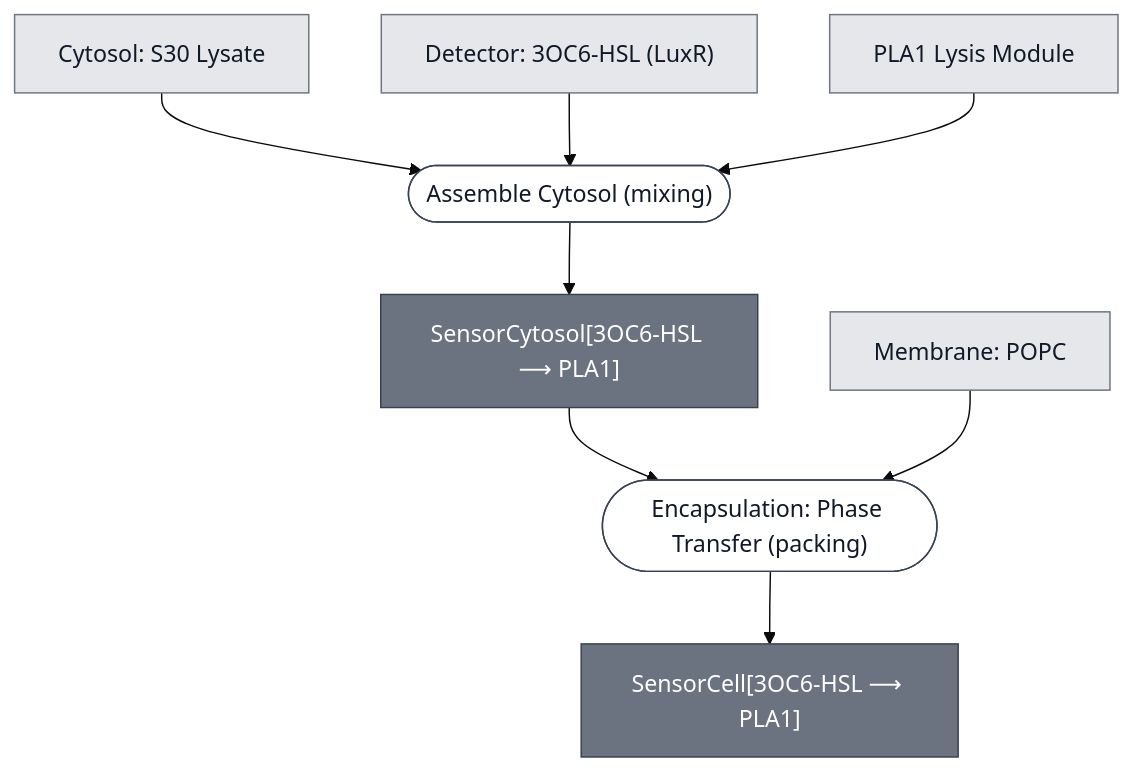
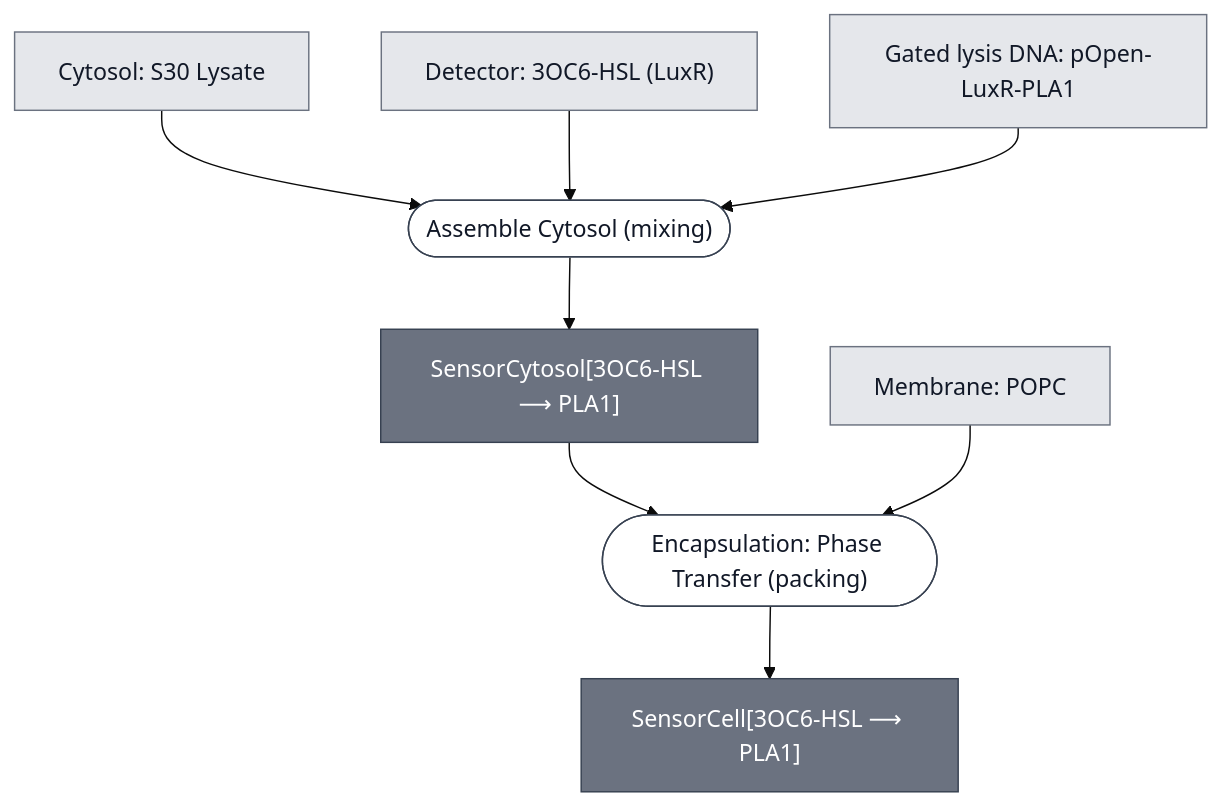
One commit to nucleus-eng/nucleus-docs changed the diagram in docs/modules/ahsl-sensing-cell/spec.md. Above: the diagram before and after it, drawn with Mermaid (base theme). The commit also changed 22 other files, not shown here.

````diff
--- a/docs/modules/ahsl-sensing-cell/spec.md
+++ b/docs/modules/ahsl-sensing-cell/spec.md
@@ -31,38 +31,37 @@
 ```mermaid
 flowchart TD
     S30_LYSATE["Cytosol: S30 Lysate"]
     DETECTOR_3OC6_HSL["Detector: 3OC6-HSL (LuxR)"]
-    EFFECTOR_PLA1["PLA1 Lysis Module"]
+    EFFECTOR_PLA1_LUXR["Gated lysis DNA: pOpen-LuxR-PLA1"]
     MEMBRANE_POPC["Membrane: POPC"]
 
     P1_ASSEMBLE_CYTOSOL_0(["Assemble Cytosol (mixing)"])
     AHSL_SENSOR_CYTOSOL["SensorCytosol[3OC6-HSL ⟶ PLA1]"]
     P2_ENCAPSULATE_0(["Encapsulation: Phase Transfer (packing)"])
     AHSL_SENSING_CELL["SensorCell[3OC6-HSL ⟶ PLA1]"]
 
     S30_LYSATE --> P1_ASSEMBLE_CYTOSOL_0
     DETECTOR_3OC6_HSL --> P1_ASSEMBLE_CYTOSOL_0
-    EFFECTOR_PLA1 --> P1_ASSEMBLE_CYTOSOL_0
+    EFFECTOR_PLA1_LUXR --> P1_ASSEMBLE_CYTOSOL_0
     P1_ASSEMBLE_CYTOSOL_0 --> AHSL_SENSOR_CYTOSOL
 
     AHSL_SENSOR_CYTOSOL --> P2_ENCAPSULATE_0
     MEMBRANE_POPC --> P2_ENCAPSULATE_0
     P2_ENCAPSULATE_0 --> AHSL_SENSING_CELL
 
 
     classDef leaf     fill:#e5e7eb,stroke:#6b7280,color:#111827;
     classDef composed fill:#6b7280,stroke:#374151,color:#ffffff;
     classDef process  fill:#ffffff,stroke:#374151,color:#111827;
-    class S30_LYSATE,DETECTOR_3OC6_HSL,EFFECTOR_PLA1,MEMBRANE_POPC leaf;
+    class S30_LYSATE,DETECTOR_3OC6_HSL,EFFECTOR_PLA1_LUXR,MEMBRANE_POPC leaf;
     class AHSL_SENSOR_CYTOSOL,AHSL_SENSING_CELL composed;
     class P1_ASSEMBLE_CYTOSOL_0,P2_ENCAPSULATE_0 process;
 
     click S30_LYSATE "/docs/modules/s30-lysate/spec"
     click DETECTOR_3OC6_HSL "/docs/modules/detector-3oc6-hsl/spec"
-    click EFFECTOR_PLA1 "/docs/modules/effector-pla1/spec"
     click MEMBRANE_POPC "/docs/modules/membrane-popc/spec"
     click P1_ASSEMBLE_CYTOSOL_0 "/docs/processes/assemble-cytosol/assemble-cytosol-main"
     click AHSL_SENSOR_CYTOSOL "/docs/modules/ahsl-sensor-cytosol/spec"
     click P2_ENCAPSULATE_0 "/docs/processes/assemble-base-cell/main"
     click AHSL_SENSING_CELL "/docs/modules/ahsl-sensing-cell/spec"
 ```
````
